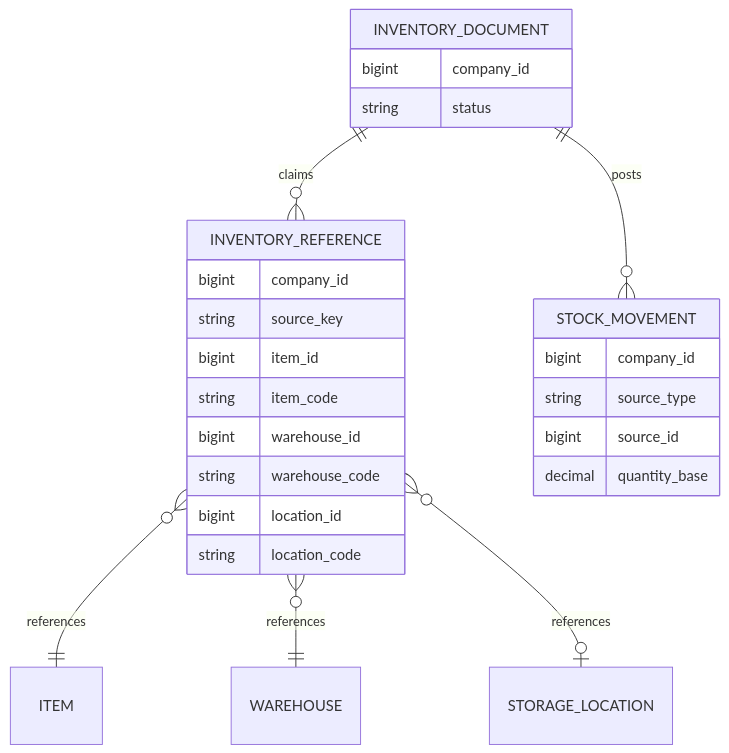
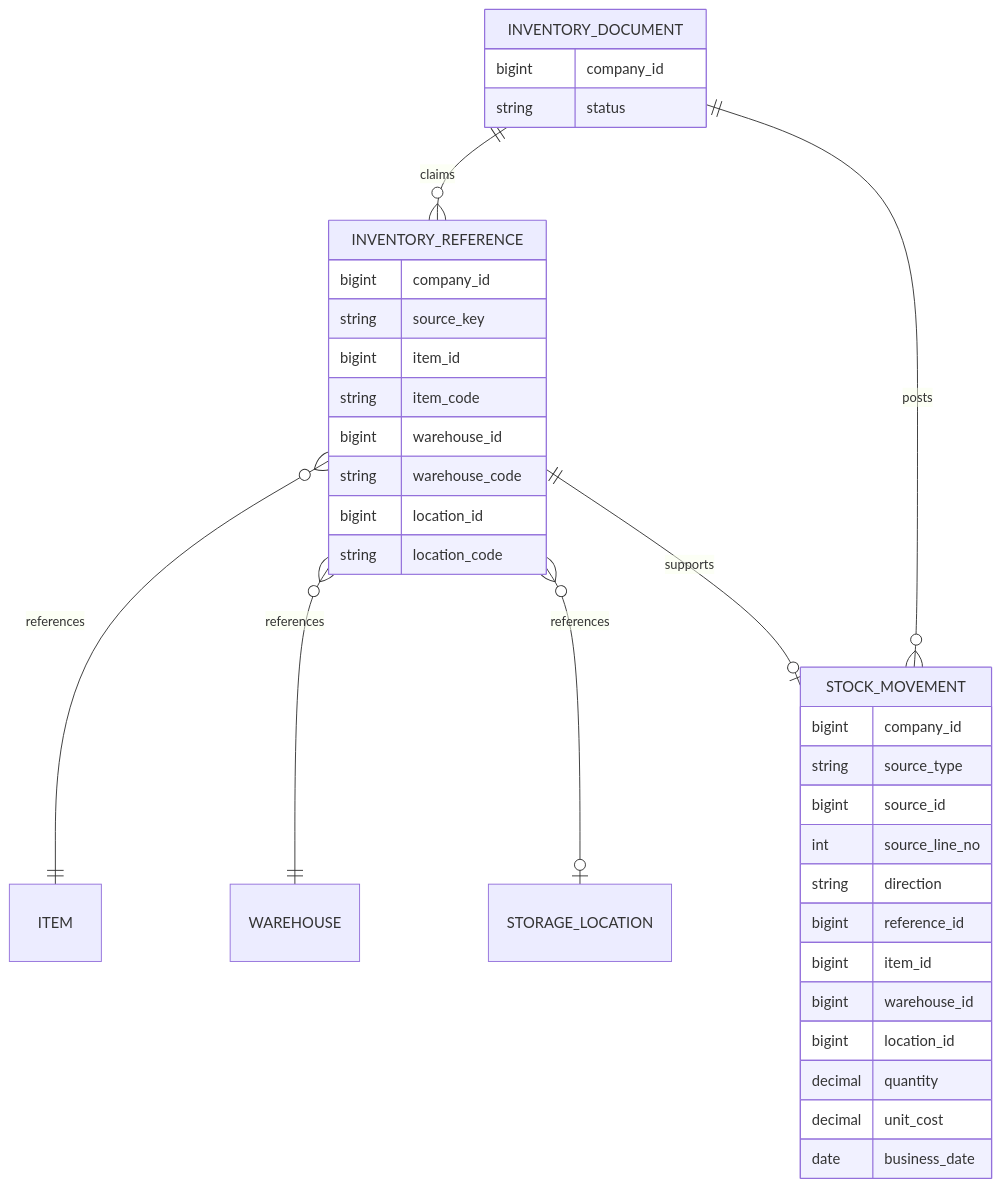
One commit to snowwhite10/MyERP changed the diagram in docs/02-modules/INV/data-structure.md. Above: the diagram before and after it, drawn with Mermaid. The commit also changed other lines of this file and 23 other files, not shown here.

````diff
--- a/docs/02-modules/INV/data-structure.md
+++ b/docs/02-modules/INV/data-structure.md
@@ -11,28 +12,37 @@
 ```mermaid
 erDiagram
     INVENTORY_REFERENCE {
         bigint company_id
         string source_key
         bigint item_id
         string item_code
         bigint warehouse_id
         string warehouse_code
         bigint location_id
         string location_code
     }
     INVENTORY_DOCUMENT ||--o{ INVENTORY_REFERENCE : claims
     INVENTORY_REFERENCE }o--|| ITEM : references
     INVENTORY_REFERENCE }o--|| WAREHOUSE : references
     INVENTORY_REFERENCE }o--o| STORAGE_LOCATION : references
     INVENTORY_DOCUMENT ||--o{ STOCK_MOVEMENT : posts
     INVENTORY_DOCUMENT {
         bigint company_id
         string status
     }
     STOCK_MOVEMENT {
         bigint company_id
         string source_type
         bigint source_id
-        decimal quantity_base
+        int source_line_no
+        string direction
+        bigint reference_id
+        bigint item_id
+        bigint warehouse_id
+        bigint location_id
+        decimal quantity
+        decimal unit_cost
+        date business_date
     }
+    INVENTORY_REFERENCE ||--o| STOCK_MOVEMENT : supports
 ```
````
